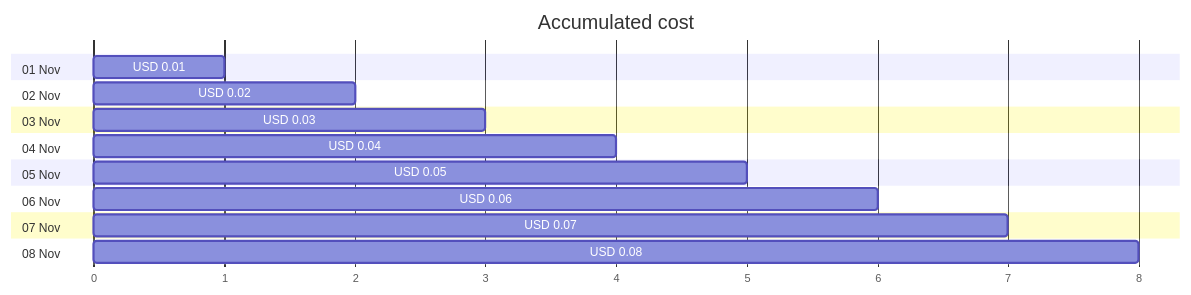
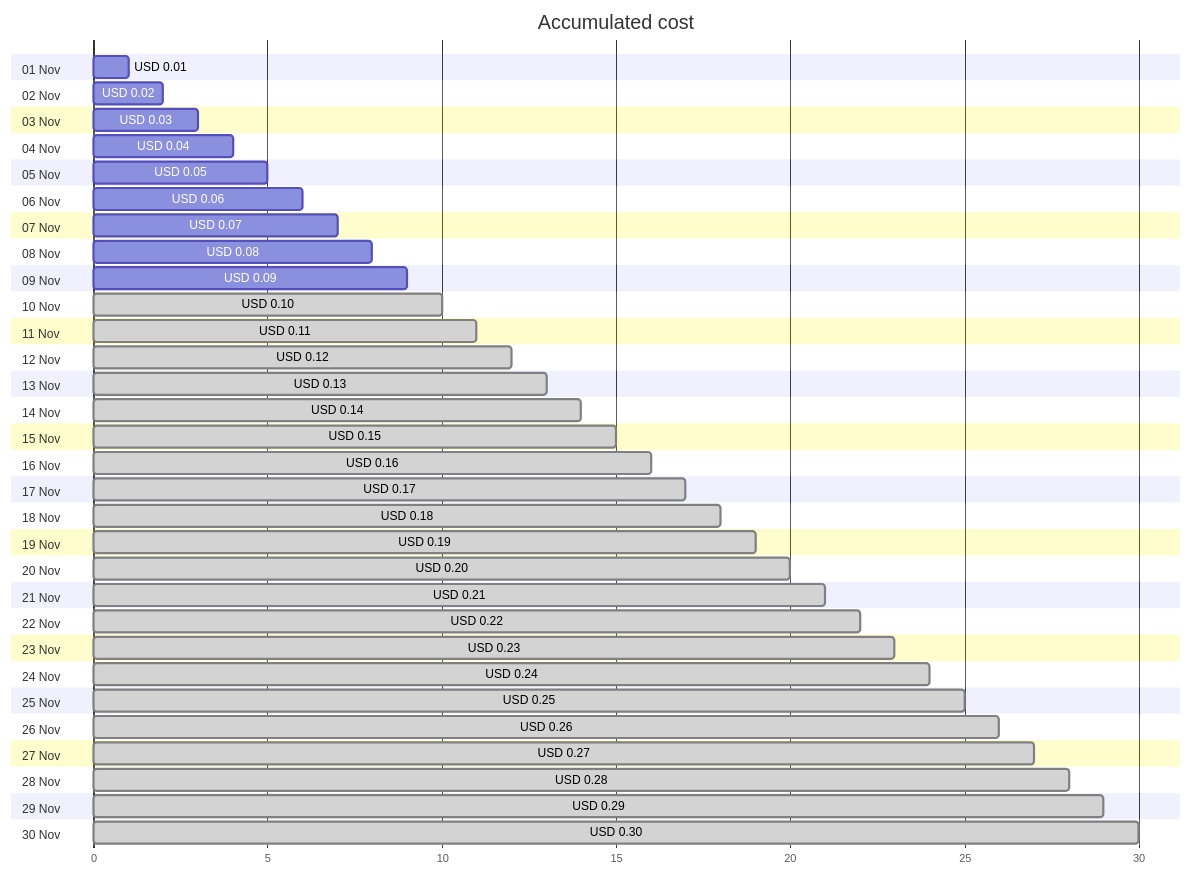
Before and after one commit to jpfulton/azure-personal-reports: the first of 4 diagrams in cost-reports/cloud-shell-storage-eastus/cs2100300008c8d894b.md, drawn with Mermaid. The commit also changed other lines of this file and 1 other file, not shown here.

Commit message:
Generated reports [skip ci]

````diff
--- a/cost-reports/cloud-shell-storage-eastus/cs2100300008c8d894b.md
+++ b/cost-reports/cloud-shell-storage-eastus/cs2100300008c8d894b.md
@@ -20,22 +20,66 @@
 ```mermaid
 gantt
    title Accumulated cost
    dateFormat  X
    axisFormat %s
    section 01 Nov
    USD 0.01 :0, 1
    section 02 Nov
    USD 0.02 :0, 2
    section 03 Nov
    USD 0.03 :0, 3
    section 04 Nov
    USD 0.04 :0, 4
    section 05 Nov
    USD 0.05 :0, 5
    section 06 Nov
    USD 0.06 :0, 6
    section 07 Nov
    USD 0.07 :0, 7
    section 08 Nov
    USD 0.08 :0, 8
+   section 09 Nov
+   USD 0.09 :0, 9
+   section 10 Nov
+   USD 0.10 : done, 0, 10
+   section 11 Nov
+   USD 0.11 : done, 0, 11
+   section 12 Nov
+   USD 0.12 : done, 0, 12
+   section 13 Nov
+   USD 0.13 : done, 0, 13
+   section 14 Nov
+   USD 0.14 : done, 0, 14
+   section 15 Nov
+   USD 0.15 : done, 0, 15
+   section 16 Nov
+   USD 0.16 : done, 0, 16
+   section 17 Nov
+   USD 0.17 : done, 0, 17
+   section 18 Nov
+   USD 0.18 : done, 0, 18
+   section 19 Nov
+   USD 0.19 : done, 0, 19
+   section 20 Nov
+   USD 0.20 : done, 0, 20
+   section 21 Nov
+   USD 0.21 : done, 0, 21
+   section 22 Nov
+   USD 0.22 : done, 0, 22
+   section 23 Nov
+   USD 0.23 : done, 0, 23
+   section 24 Nov
+   USD 0.24 : done, 0, 24
+   section 25 Nov
+   USD 0.25 : done, 0, 25
+   section 26 Nov
+   USD 0.26 : done, 0, 26
+   section 27 Nov
+   USD 0.27 : done, 0, 27
+   section 28 Nov
+   USD 0.28 : done, 0, 28
+   section 29 Nov
+   USD 0.29 : done, 0, 29
+   section 30 Nov
+   USD 0.30 : done, 0, 30
 ```
````
